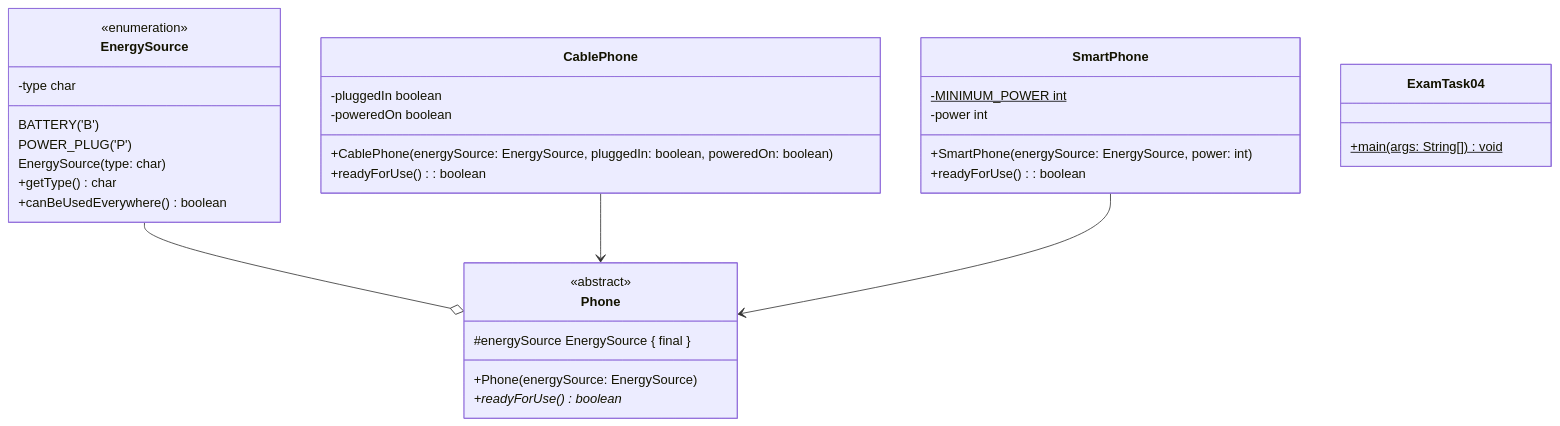
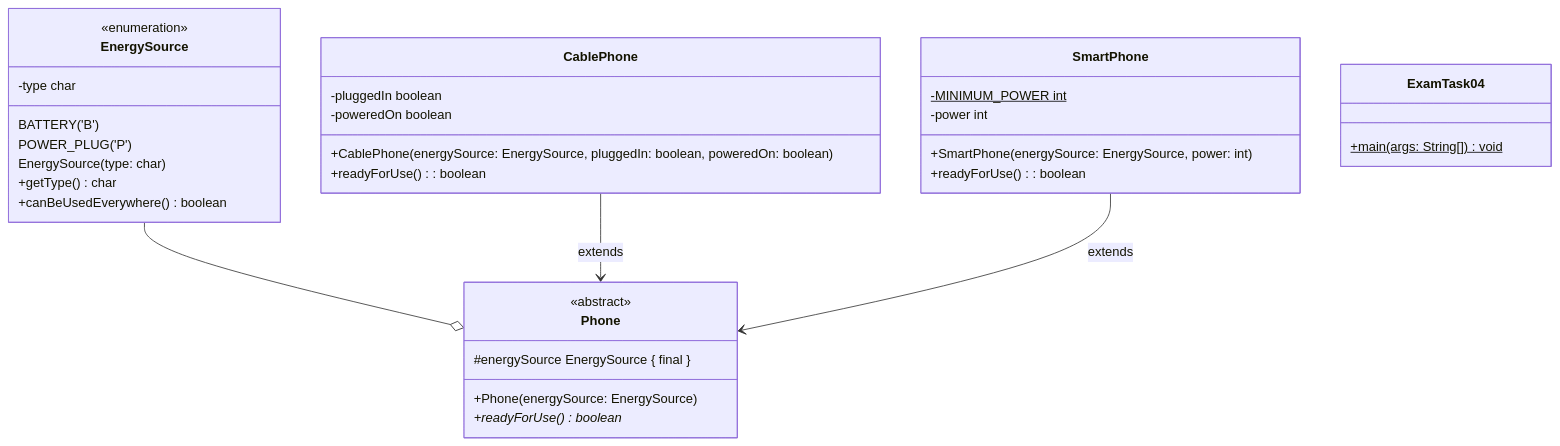
The fifth of 6 diagrams in docs/additional-material/steffen/java-1/exam-preparation/2023.mdx (jappuccini/java-docs), drawn with Mermaid before and after one commit. The commit also changed other lines of this file and 1 other file, not shown here.

Commit message:
fix class diagrams for java 1 exam preparations

````diff
--- a/docs/additional-material/steffen/java-1/exam-preparation/2023.mdx
+++ b/docs/additional-material/steffen/java-1/exam-preparation/2023.mdx
@@ -283,42 +288,42 @@
 ```mermaid
 classDiagram
 
   EnergySource --o Phone
-  CablePhone --> Phone
-  SmartPhone --> Phone
+  CablePhone --> Phone : extends
+  SmartPhone --> Phone : extends
 
   class EnergySource {
     <<enumeration>>
     BATTERY('B')
     POWER_PLUG('P')
     -type char
     EnergySource(type: char)
     +getType() char
     +canBeUsedEverywhere() boolean
   }
 
   class Phone {
     <<abstract>>
     #energySource EnergySource &lcub; final &rcub;
     +Phone(energySource: EnergySource)
     +readyForUse()* boolean
   }
 
   class CablePhone {
     -pluggedIn boolean
     -poweredOn boolean
     +CablePhone(energySource: EnergySource, pluggedIn: boolean, poweredOn: boolean)
     +readyForUse(): boolean
   }
 
   class SmartPhone {
     -MINIMUM_POWER int$
     -power int
     +SmartPhone(energySource: EnergySource, power: int)
     +readyForUse(): boolean
   }
 
   class ExamTask04 {
     +main(args: String[])$ void
   }
 ```
````
